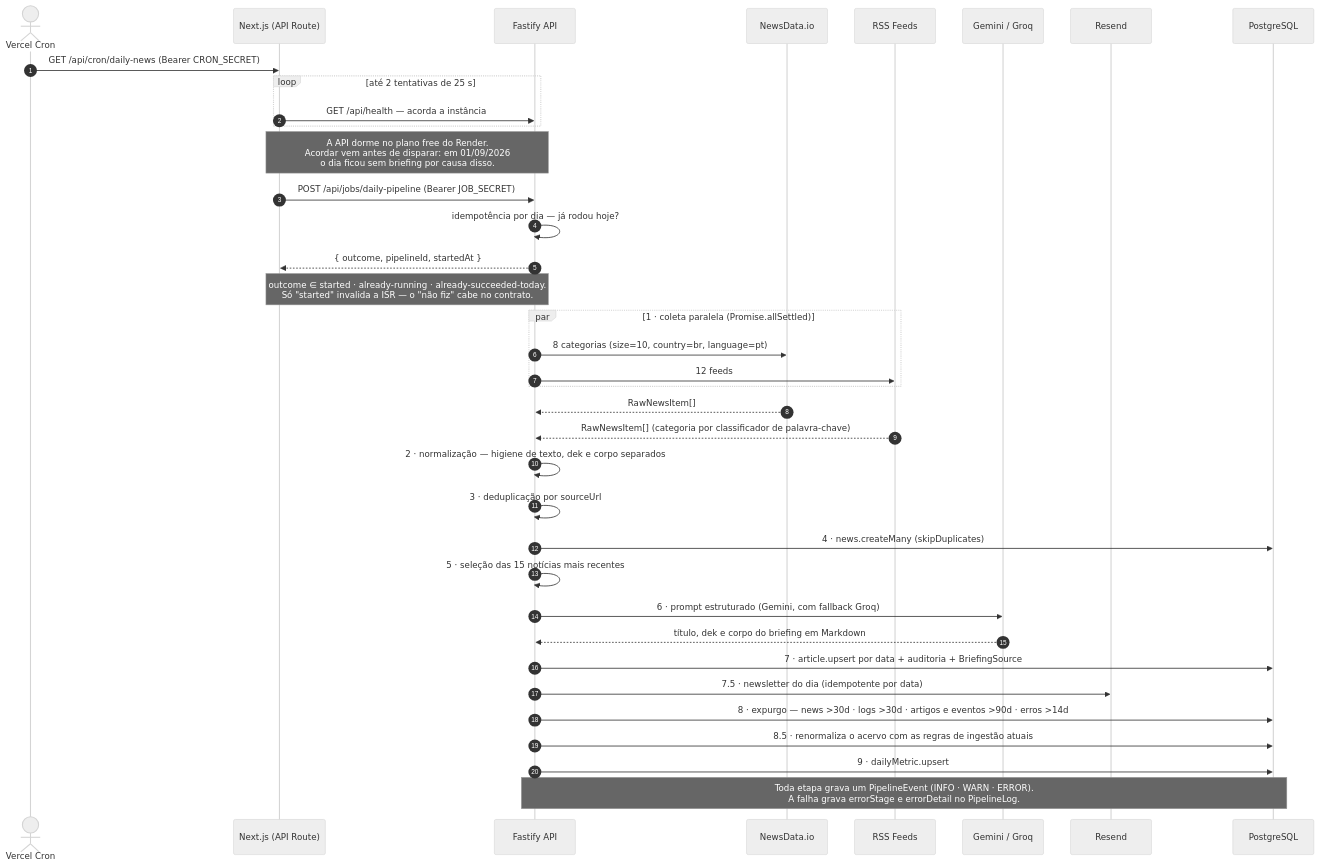
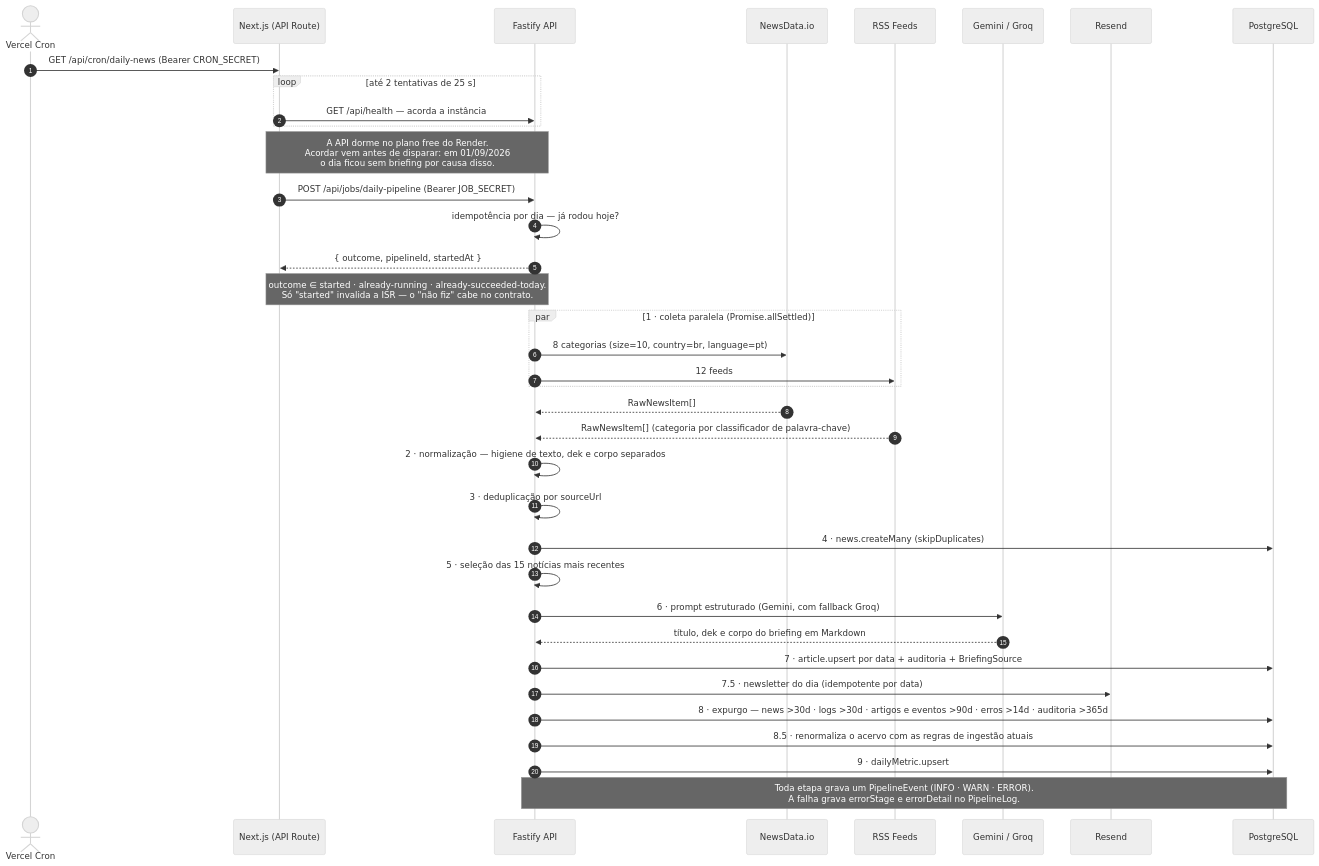
The diagram in docs/diagrams/pipeline-sequence.mermaid (tavinholoco/newra-news), drawn with Mermaid (neutral theme) before and after one commit. The commit also changed 54 other files, not shown here.

```diff
--- a/docs/diagrams/pipeline-sequence.mermaid
+++ b/docs/diagrams/pipeline-sequence.mermaid
@@ -1,48 +1,48 @@
 %% Diagrama de Sequência do Pipeline Diário — Newra News
 %% ---
 %% Atualizado em 01/09/2026. São **11 etapas**: 1–7, 7.5 (newsletter), 8, 8.5
 %% (renormalização) e 9. As três não críticas — 7.5, 8 e 8.5 — falham sem
 %% abortar o pipeline.
 sequenceDiagram
     autonumber
     actor VC as Vercel Cron
     participant NX as Next.js (API Route)
     participant API as Fastify API
     participant ND as NewsData.io
     participant RSS as RSS Feeds
     participant IA as Gemini / Groq
     participant RES as Resend
     participant DB as PostgreSQL
 
     VC->>NX: GET /api/cron/daily-news (Bearer CRON_SECRET)
 
     loop até 2 tentativas de 25 s
         NX->>API: GET /api/health — acorda a instância
     end
     Note over NX,API: A API dorme no plano free do Render.<br/>Acordar vem antes de disparar: em 01/09/2026<br/>o dia ficou sem briefing por causa disso.
 
     NX->>API: POST /api/jobs/daily-pipeline (Bearer JOB_SECRET)
     API->>API: idempotência por dia — já rodou hoje?
     API-->>NX: { outcome, pipelineId, startedAt }
     Note over NX,API: outcome ∈ started · already-running · already-succeeded-today.<br/>Só "started" invalida a ISR — o "não fiz" cabe no contrato.
 
     par 1 · coleta paralela (Promise.allSettled)
         API->>ND: 8 categorias (size=10, country=br, language=pt)
         API->>RSS: 12 feeds
     end
     ND-->>API: RawNewsItem[]
     RSS-->>API: RawNewsItem[] (categoria por classificador de palavra-chave)
 
     API->>API: 2 · normalização — higiene de texto, dek e corpo separados
     API->>API: 3 · deduplicação por sourceUrl
     API->>DB: 4 · news.createMany (skipDuplicates)
     API->>API: 5 · seleção das 15 notícias mais recentes
     API->>IA: 6 · prompt estruturado (Gemini, com fallback Groq)
     IA-->>API: título, dek e corpo do briefing em Markdown
     API->>DB: 7 · article.upsert por data + auditoria + BriefingSource
     API->>RES: 7.5 · newsletter do dia (idempotente por data)
-    API->>DB: 8 · expurgo — news >30d · logs >30d · artigos e eventos >90d · erros >14d
+    API->>DB: 8 · expurgo — news >30d · logs >30d · artigos e eventos >90d · erros >14d · auditoria >365d
     API->>DB: 8.5 · renormaliza o acervo com as regras de ingestão atuais
     API->>DB: 9 · dailyMetric.upsert
 
     Note over API,DB: Toda etapa grava um PipelineEvent (INFO · WARN · ERROR).<br/>A falha grava errorStage e errorDetail no PipelineLog.
```
